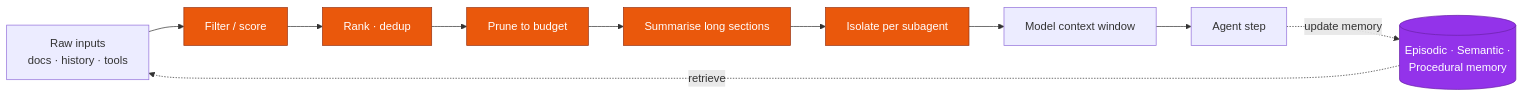
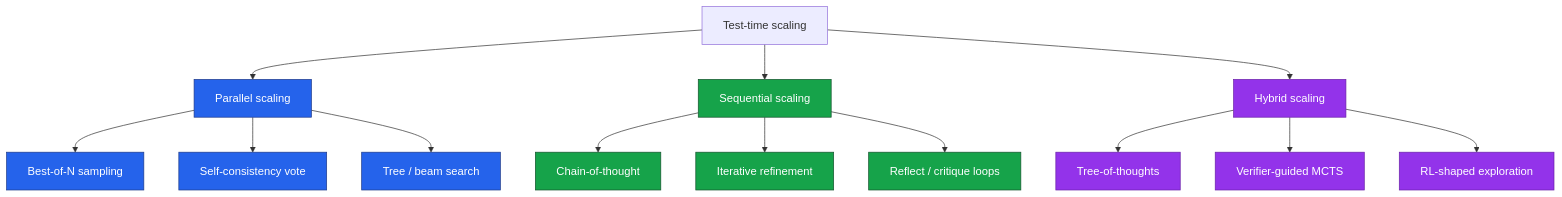
The second of 3 diagrams in 2026-Apr-30/2026-Apr-30_LLM_updates.md (voyarchie/llm-updates), drawn with Mermaid before and after one commit. The commit also changed other lines of this file and 2 other files, not shown here.

First line of the commit message:
Refresh 2026-Apr-30 LLM updates: agent reliability + MoE-attention angle

````diff
--- a/2026-Apr-30/2026-Apr-30_LLM_updates.md
+++ b/2026-Apr-30/2026-Apr-30_LLM_updates.md
@@ -309,16 +232,25 @@
 ```mermaid
-flowchart LR
-    Raw[Raw inputs<br/>docs · history · tools] --> F[Filter / score]
-    F --> R[Rank · dedup]
-    R --> P[Prune to budget]
-    P --> S[Summarise long sections]
-    S --> I[Isolate per subagent]
-    I --> M[Model context window]
-    M --> Ag[Agent step]
-    Ag -. update memory .-> Mem[(Episodic · Semantic ·<br/>Procedural memory)]
-    Mem -. retrieve .-> Raw
-    classDef ce fill:#ea580c,stroke:#9a3412,color:#fff
-    classDef store fill:#9333ea,stroke:#6b21a8,color:#fff
-    class F,R,P,S,I ce
-    class Mem store
+flowchart TB
+    Root[Test-time scaling] --> P[Parallel scaling]
+    Root --> S[Sequential scaling]
+    Root --> H[Hybrid scaling]
+
+    P --> P1[Best-of-N sampling]
+    P --> P2[Self-consistency vote]
+    P --> P3[Tree / beam search]
+
+    S --> S1[Chain-of-thought]
+    S --> S2[Iterative refinement]
+    S --> S3[Reflect / critique loops]
+
+    H --> H1[Tree-of-thoughts]
+    H --> H2[Verifier-guided MCTS]
+    H --> H3[RL-shaped exploration]
+
+    classDef parallel fill:#2563eb,stroke:#1e3a8a,color:#fff
+    classDef sequential fill:#16a34a,stroke:#14532d,color:#fff
+    classDef hybrid fill:#9333ea,stroke:#6b21a8,color:#fff
+    class P,P1,P2,P3 parallel
+    class S,S1,S2,S3 sequential
+    class H,H1,H2,H3 hybrid
 ```
````
